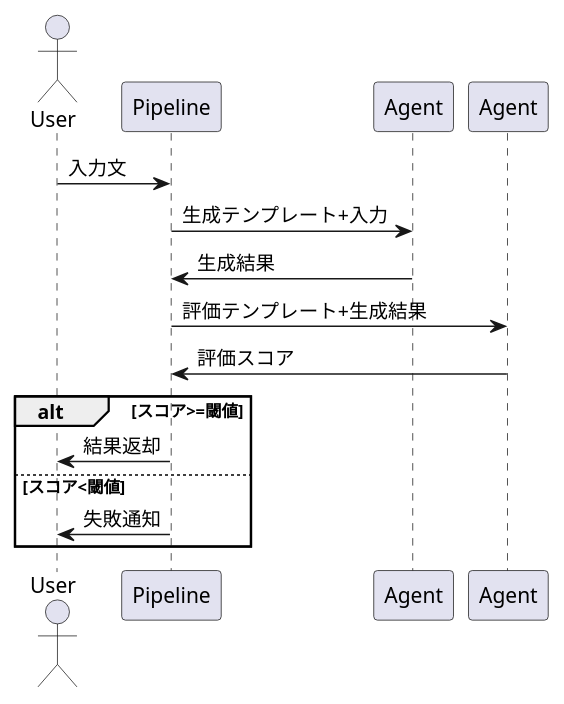
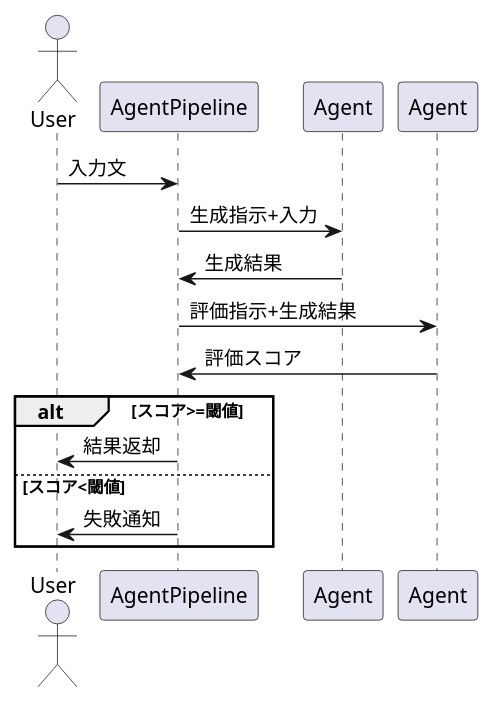
The second of 4 diagrams in docs/function_spec.md (kitfactory/refinire), drawn with PlantUML before and after one commit. The commit also changed other lines of this file and 33 other files, not shown here.

````diff
--- a/docs/function_spec.md
+++ b/docs/function_spec.md
@@ -28,18 +28,18 @@
 ```plantuml
 @startuml
 actor User
-participant Pipeline
+participant AgentPipeline
 participant Agent as Generator
 participant Agent as Evaluator
-User -> Pipeline: 入力文
-Pipeline -> Generator: 生成テンプレート+入力
-Generator -> Pipeline: 生成結果
-Pipeline -> Evaluator: 評価テンプレート+生成結果
-Evaluator -> Pipeline: 評価スコア
+User -> AgentPipeline: 入力文
+AgentPipeline -> Generator: 生成指示+入力
+Generator -> AgentPipeline: 生成結果
+AgentPipeline -> Evaluator: 評価指示+生成結果
+Evaluator -> AgentPipeline: 評価スコア
 alt スコア>=閾値
-  Pipeline -> User: 結果返却
+  AgentPipeline -> User: 結果返却
 else スコア<閾値
-  Pipeline -> User: 失敗通知
+  AgentPipeline -> User: 失敗通知
 end
 @enduml
 ```
````
